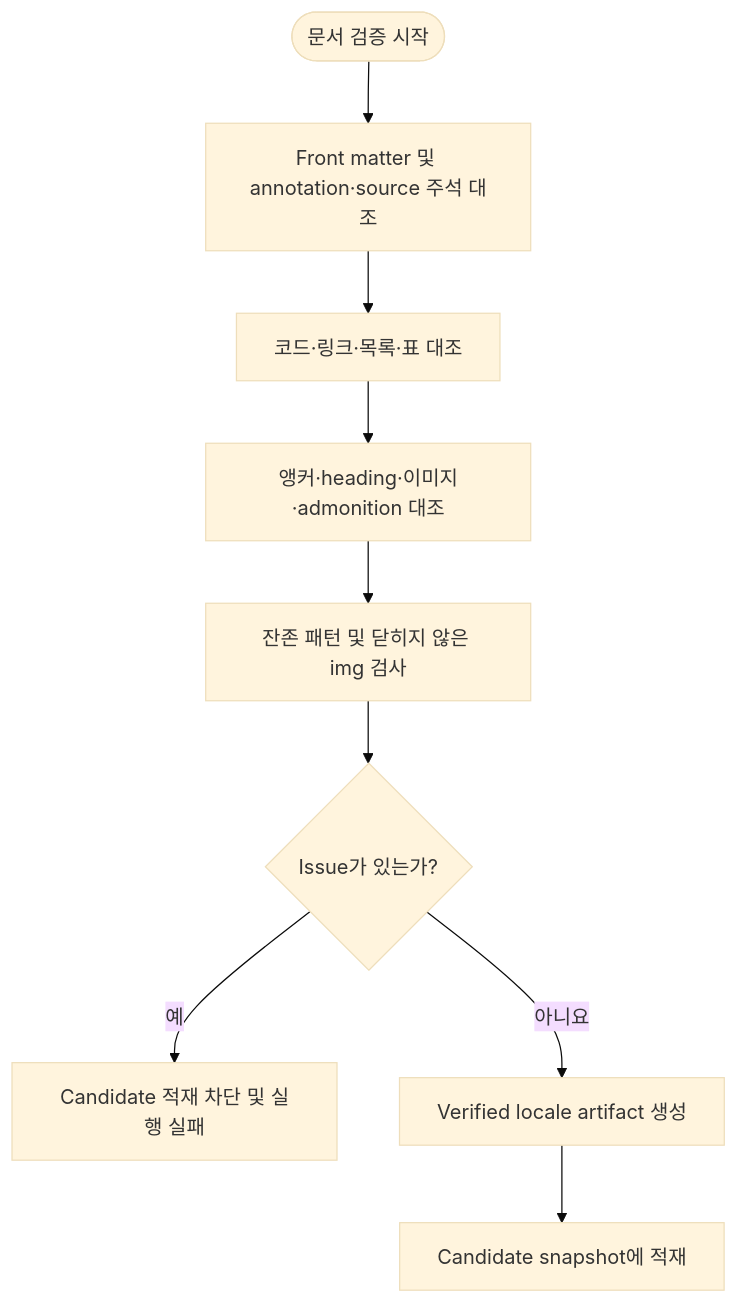
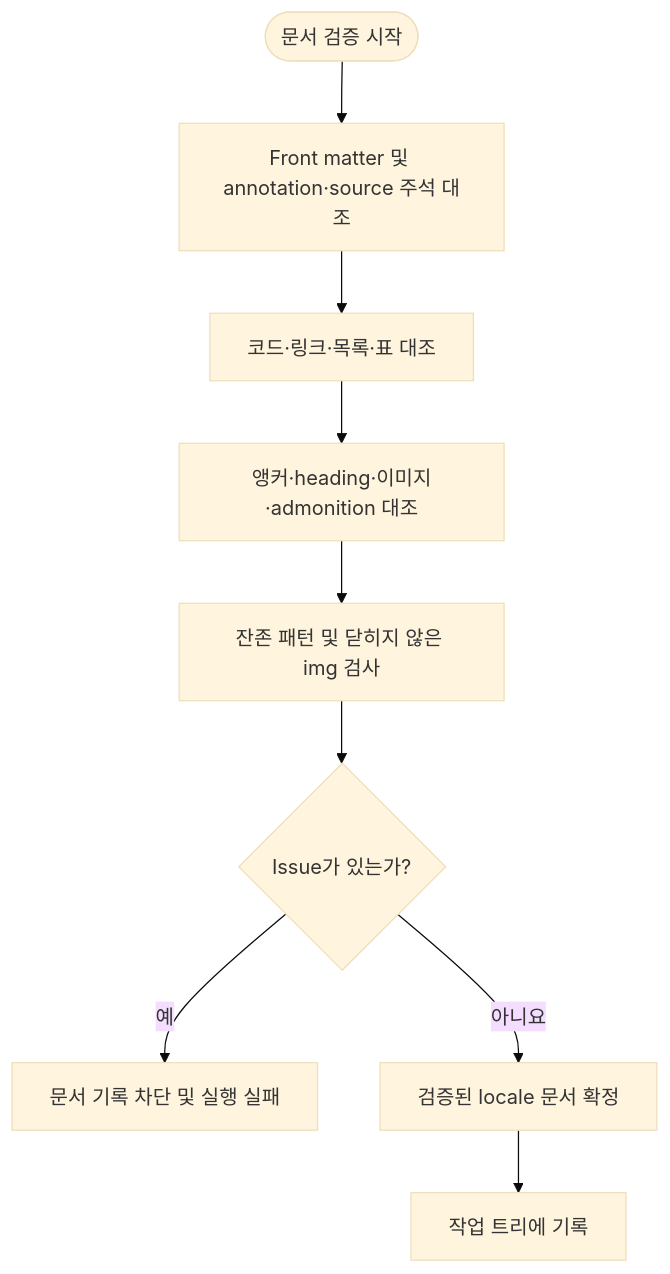
Before and after one commit to letsescape/laravel-docs: the diagram in translation-sync/docs/04-verification.md, drawn with Mermaid (base theme). The commit also changed other lines of this file and 8 other files, not shown here.

````diff
--- a/translation-sync/docs/04-verification.md
+++ b/translation-sync/docs/04-verification.md
@@ -10,11 +10,11 @@
 ```mermaid
 flowchart TD
     A([문서 검증 시작]) --> B[Front matter 및 annotation·source 주석 대조]
     B --> C[코드·링크·목록·표 대조]
     C --> D[앵커·heading·이미지·admonition 대조]
     D --> E[잔존 패턴 및 닫히지 않은 img 검사]
     E --> F{Issue가 있는가?}
-    F -- 예 --> G[Candidate 적재 차단 및 실행 실패]
-    F -- 아니요 --> H[Verified locale artifact 생성]
-    H --> I[Candidate snapshot에 적재]
+    F -- 예 --> G[문서 기록 차단 및 실행 실패]
+    F -- 아니요 --> H[검증된 locale 문서 확정]
+    H --> I[작업 트리에 기록]
 ```
````
